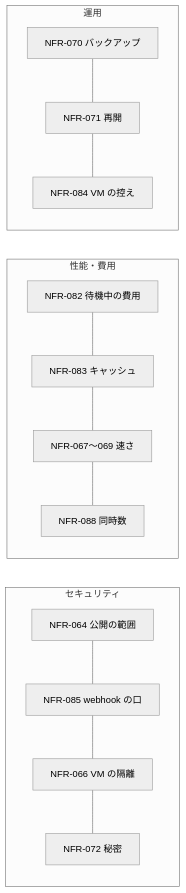
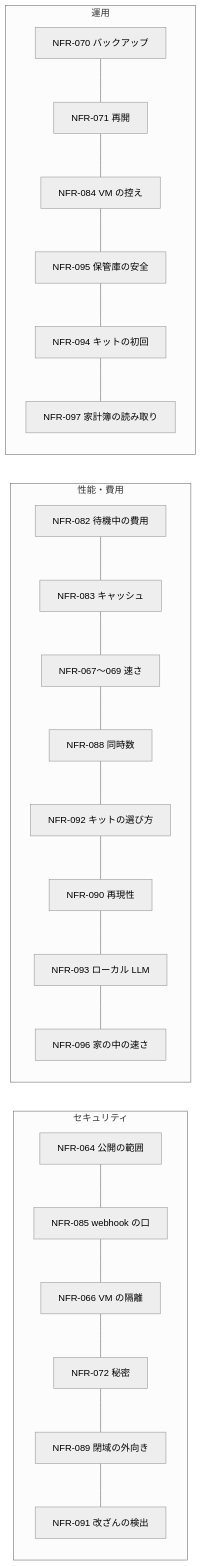
Before and after one commit to itiwoja/agent-team: the diagram in docs/design/05_non_functional.md, drawn with Mermaid (neutral theme). The commit also changed other lines of this file and 39 other files, not shown here.

````diff
--- a/docs/design/05_non_functional.md
+++ b/docs/design/05_non_functional.md
@@ -17,12 +20,12 @@
 ```mermaid
 flowchart LR
  subgraph SEC["セキュリティ"]
-  N64["NFR-064 公開の範囲"] --- N85["NFR-085 webhook の口"] --- N66["NFR-066 VM の隔離"] --- N72["NFR-072 秘密"]
+  N64["NFR-064 公開の範囲"] --- N85["NFR-085 webhook の口"] --- N66["NFR-066 VM の隔離"] --- N72["NFR-072 秘密"] --- N89["NFR-089 閉域の外向き"] --- N91["NFR-091 改ざんの検出"]
  end
  subgraph PERF["性能・費用"]
-  N82["NFR-082 待機中の費用"] --- N83["NFR-083 キャッシュ"] --- N67["NFR-067〜069 速さ"] --- N88["NFR-088 同時数"]
+  N82["NFR-082 待機中の費用"] --- N83["NFR-083 キャッシュ"] --- N67["NFR-067〜069 速さ"] --- N88["NFR-088 同時数"] --- N92["NFR-092 キットの選び方"] --- N90["NFR-090 再現性"] --- N93["NFR-093 ローカル LLM"] --- N96["NFR-096 家の中の速さ"]
  end
  subgraph OPS["運用"]
-  N70["NFR-070 バックアップ"] --- N71["NFR-071 再開"] --- N84["NFR-084 VM の控え"]
+  N70["NFR-070 バックアップ"] --- N71["NFR-071 再開"] --- N84["NFR-084 VM の控え"] --- N95["NFR-095 保管庫の安全"] --- N94["NFR-094 キットの初回"] --- N97["NFR-097 家計簿の読み取り"]
  end
 ```
````
